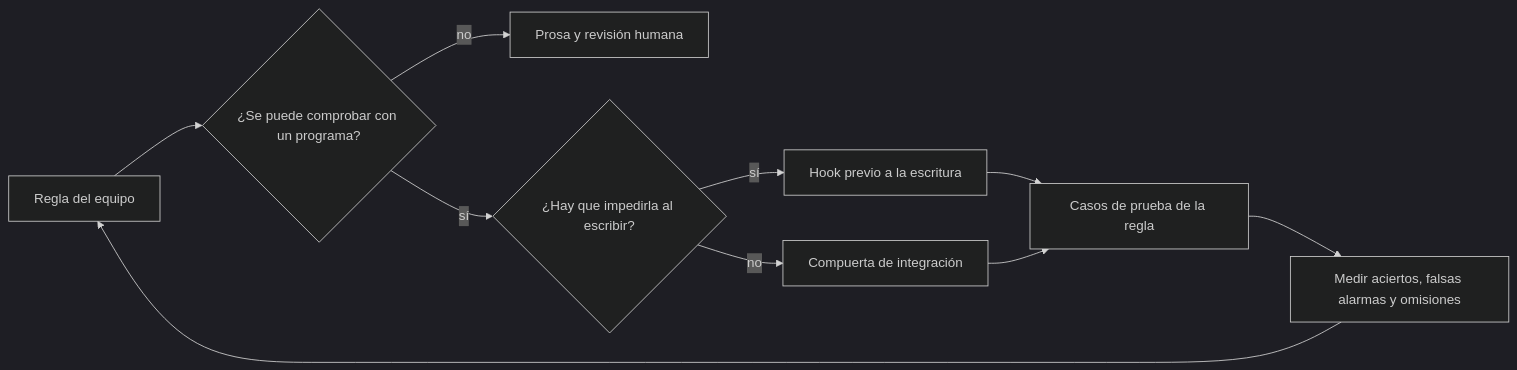
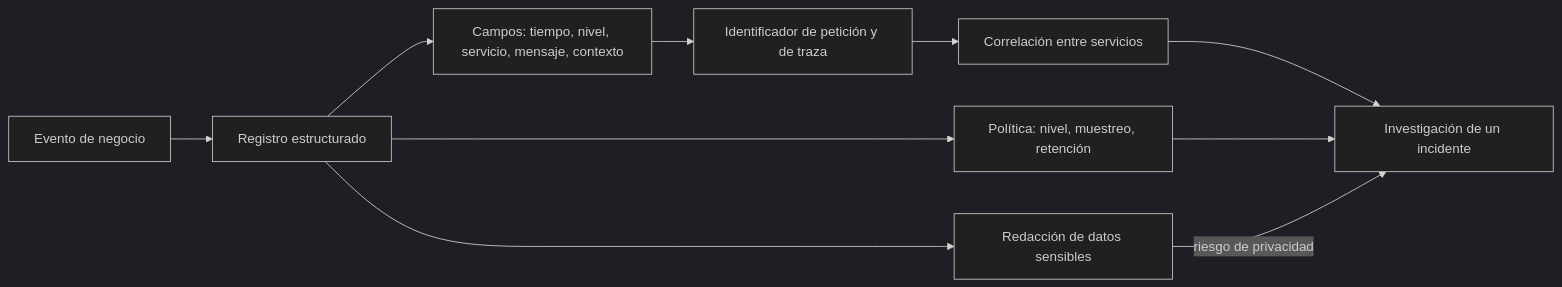
Before and after one commit to vladimiracunadev-create/modern-software-engineering-program: the diagram in content/part-41/SE-494.md, drawn with Mermaid (dark theme). The commit also changed other lines of this file and 5193 other files, not shown here.

````diff
--- a/content/part-41/SE-494.md
+++ b/content/part-41/SE-494.md
@@ -56,12 +54,12 @@
 ```mermaid
 flowchart LR
-    R[Regla del equipo] --> Q{¿Se puede comprobar con un programa?}
-    Q -->|no| P[Prosa y revisión humana]
-    Q -->|sí| W{¿Hay que impedirla al escribir?}
-    W -->|sí| H[Hook previo a la escritura]
-    W -->|no| G[Compuerta de integración]
-    H --> E[Casos de prueba de la regla]
-    G --> E
-    E --> M[Medir aciertos, falsas alarmas y omisiones]
-    M --> R
+    A[Evento de negocio] --> B[Registro estructurado]
+    B --> C[Campos: tiempo, nivel, servicio, mensaje, contexto]
+    C --> D[Identificador de petición y de traza]
+    D --> E[Correlación entre servicios]
+    B --> F[Política: nivel, muestreo, retención]
+    B --> G[Redacción de datos sensibles]
+    E --> H[Investigación de un incidente]
+    F --> H
+    G -->|riesgo de privacidad| H
 ```
````
